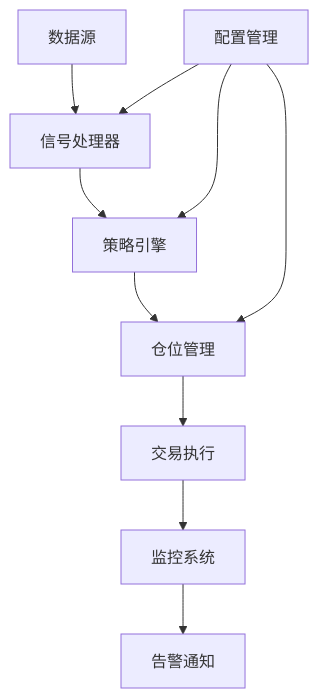
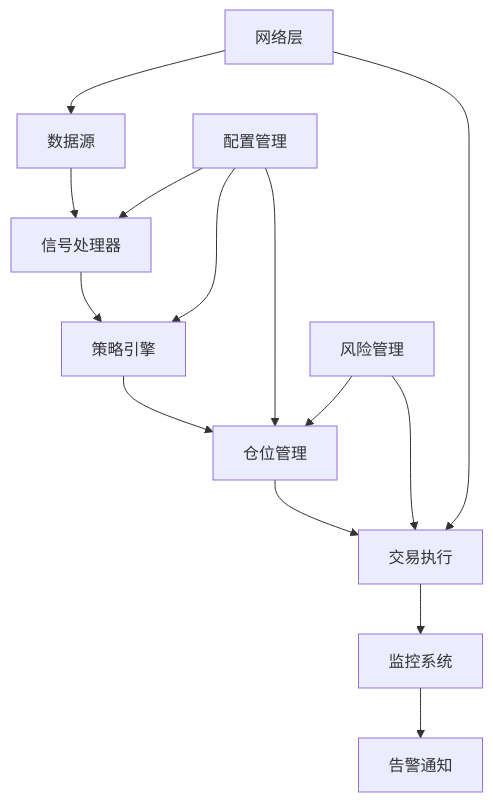
The diagram in README.md (Saul2049/Python-syntax-core), drawn with Mermaid before and after one commit. The commit also changed other lines of this file, not shown here.

````diff
--- a/README.md
+++ b/README.md
@@ -94,13 +154,19 @@
 ```mermaid
 graph TB
     A[数据源] --> B[信号处理器]
     B --> C[策略引擎]
     C --> D[仓位管理]
     D --> E[交易执行]
     E --> F[监控系统]
     F --> G[告警通知]
     
     H[配置管理] --> B
     H --> C
     H --> D
+    
+    I[风险管理] --> D
+    I --> E
+    
+    J[网络层] --> A
+    J --> E
 ```
````
